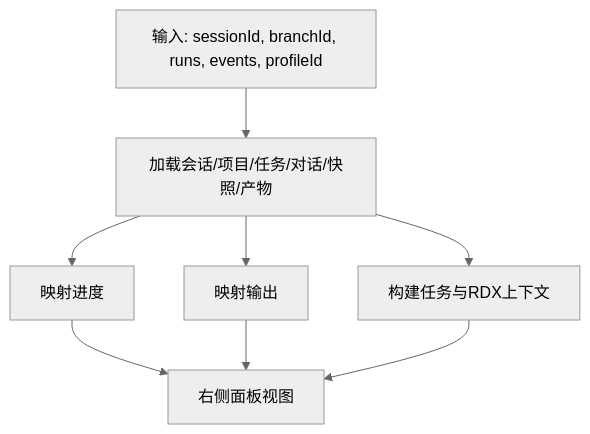
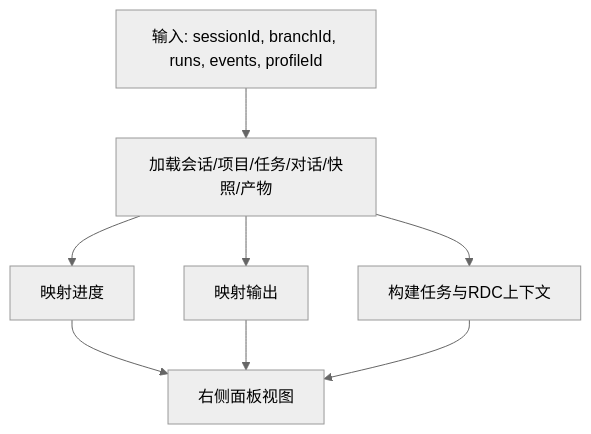
One commit to haolange/RDC-Agent changed the fifth of 8 diagrams in .qoder/repowiki/zh/content/安全考虑/安全审计与监控.md. Above: the diagram before and after it, drawn with Mermaid (neutral theme). The commit also changed other lines of this file and 557 other files, not shown here.

````diff
--- a/.qoder/repowiki/zh/content/安全考虑/安全审计与监控.md
+++ b/.qoder/repowiki/zh/content/安全考虑/安全审计与监控.md
@@ -231,10 +231,10 @@
 ```mermaid
 flowchart TD
 Input["输入: sessionId, branchId, runs, events, profileId"] --> Load["加载会话/项目/任务/对话/快照/产物"]
 Load --> MapProgress["映射进度"]
 Load --> MapOutputs["映射输出"]
-Load --> BuildContext["构建任务与RDX上下文"]
+Load --> BuildContext["构建任务与RDC上下文"]
 MapProgress --> Output["右侧面板视图"]
 MapOutputs --> Output
 BuildContext --> Output
 ```
````
